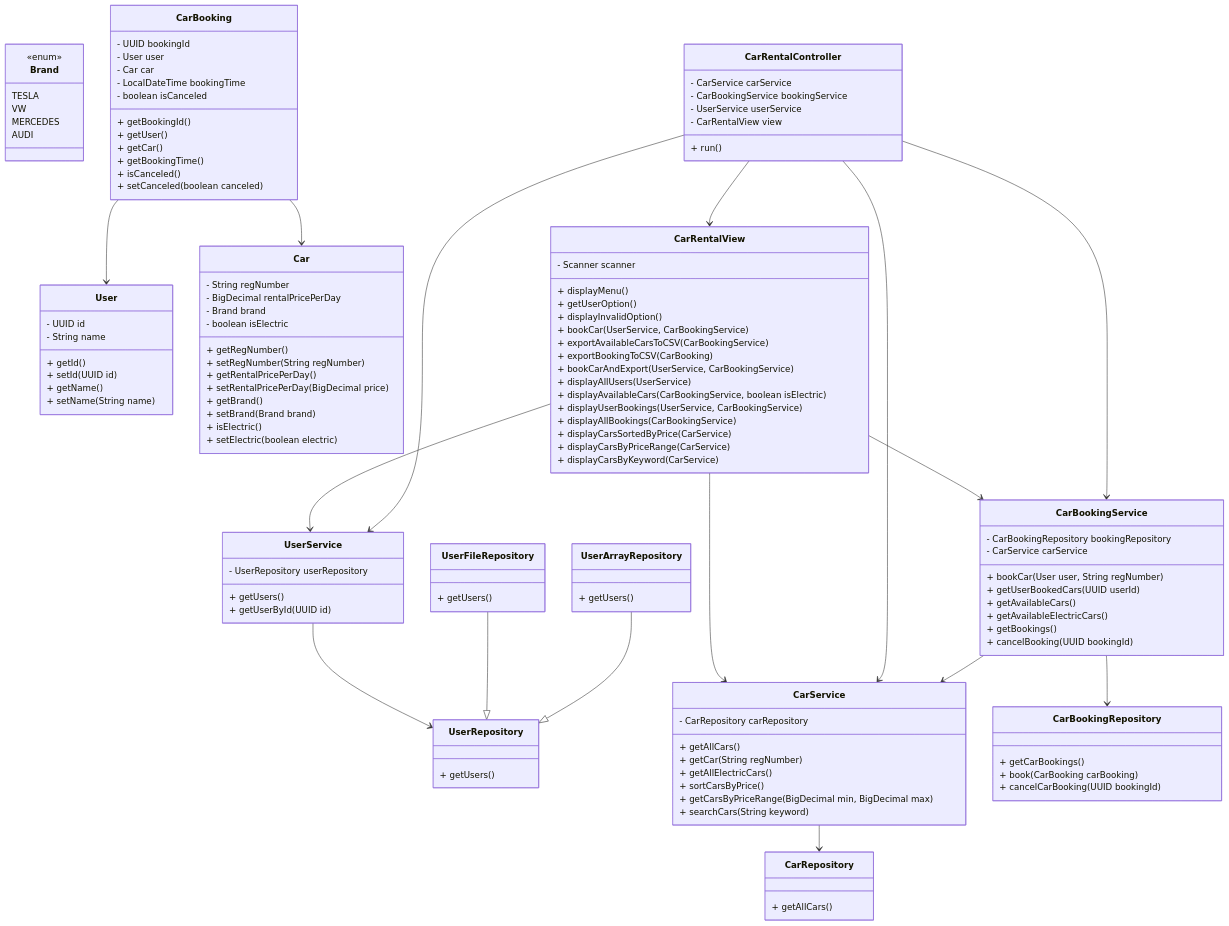
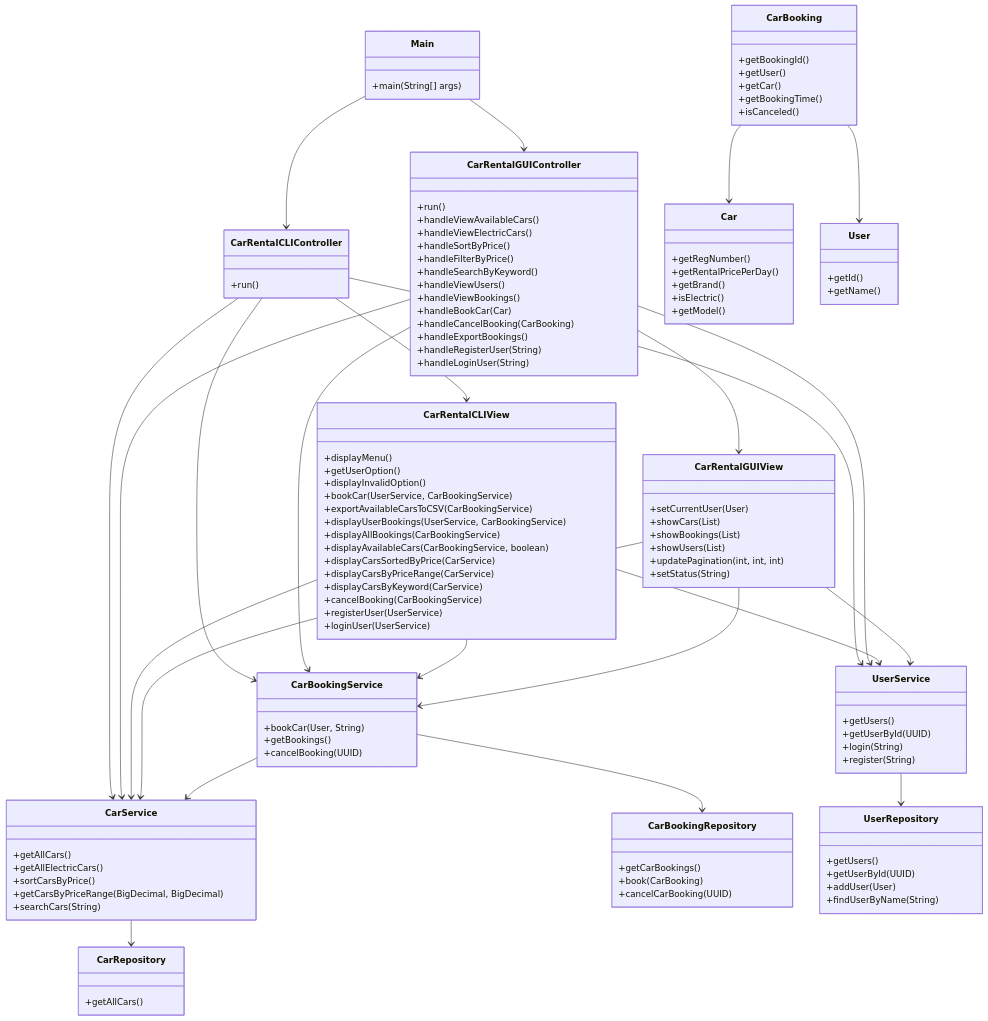
Before and after one commit to 5004-SEA-Fa24-Geeng/final-project-final-project-4: the diagram in DesignDocuments/DesignDocument.md, drawn with Mermaid. The commit also changed 1 other file, not shown here.

Commit message:
Updated UML in DesignDocument.ms and collaborative work in Proposal.md

````diff
--- a/DesignDocuments/DesignDocument.md
+++ b/DesignDocuments/DesignDocument.md
@@ -197,148 +197,149 @@
 ```mermaid
 classDiagram
+    class Main {
+        +main(String[] args)
+    }
 
-%% ======= User Layer =======
-class User {
-  - UUID id
-  - String name
-  + getId()
-  + setId(UUID id)
-  + getName()
-  + setName(String name)
-}
+    %% Controllers
+    class CarRentalCLIController {
+        +run()
+    }
+    
+    class CarRentalGUIController {
+        +run()
+        +handleViewAvailableCars()
+        +handleViewElectricCars()
+        +handleSortByPrice()
+        +handleFilterByPrice()
+        +handleSearchByKeyword()
+        +handleViewUsers()
+        +handleViewBookings()
+        +handleBookCar(Car)
+        +handleCancelBooking(CarBooking)
+        +handleExportBookings()
+        +handleRegisterUser(String)
+        +handleLoginUser(String)
+    }
 
-class UserRepository {
-  + getUsers()
-}
+    %% Views
+    class CarRentalCLIView {
+        +displayMenu()
+        +getUserOption()
+        +displayInvalidOption()
+        +bookCar(UserService, CarBookingService)
+        +exportAvailableCarsToCSV(CarBookingService)
+        +displayUserBookings(UserService, CarBookingService)
+        +displayAllBookings(CarBookingService)
+        +displayAvailableCars(CarBookingService, boolean)
+        +displayCarsSortedByPrice(CarService)
+        +displayCarsByPriceRange(CarService)
+        +displayCarsByKeyword(CarService)
+        +cancelBooking(CarBookingService)
+        +registerUser(UserService)
+        +loginUser(UserService)
+    }
 
-class UserArrayRepository {
-  + getUsers()
-}
+    class CarRentalGUIView {
+        +setCurrentUser(User)
+        +showCars(List)
+        +showBookings(List)
+        +showUsers(List)
+        +updatePagination(int, int, int)
+        +setStatus(String)
+    }
 
-class UserFileRepository {
-  + getUsers()
-}
+    %% Models
+    class CarBookingService {
+        +bookCar(User, String)
+        +getBookings()
+        +cancelBooking(UUID)
+    }
 
-class UserService {
-  - UserRepository userRepository
-  + getUsers()
-  + getUserById(UUID id)
-}
+    class CarService {
+        +getAllCars()
+        +getAllElectricCars()
+        +sortCarsByPrice()
+        +getCarsByPriceRange(BigDecimal, BigDecimal)
+        +searchCars(String)
+    }
 
-UserArrayRepository --|> UserRepository
-UserFileRepository --|> UserRepository
-UserService --> UserRepository
+    class CarBookingRepository {
+        +getCarBookings()
+        +book(CarBooking)
+        +cancelCarBooking(UUID)
+    }
 
-%% ======= Car Layer =======
-class Car {
-  - String regNumber
-  - BigDecimal rentalPricePerDay
-  - Brand brand
-  - boolean isElectric
-  + getRegNumber()
-  + setRegNumber(String regNumber)
-  + getRentalPricePerDay()
-  + setRentalPricePerDay(BigDecimal price)
-  + getBrand()
-  + setBrand(Brand brand)
-  + isElectric()
-  + setElectric(boolean electric)
-}
+    class CarRepository {
+        +getAllCars()
+    }
 
-class Brand {
-  <<enum>>
-  TESLA
-  VW
-  MERCEDES
-  AUDI
-}
+    class UserService {
+        +getUsers()
+        +getUserById(UUID)
+        +login(String)
+        +register(String)
+    }
 
-class CarRepository {
-  + getAllCars()
-}
+    class UserRepository {
+        +getUsers()
+        +getUserById(UUID)
+        +addUser(User)
+        +findUserByName(String)
+    }
 
-class CarService {
-  - CarRepository carRepository
-  + getAllCars()
-  + getCar(String regNumber)
-  + getAllElectricCars()
-  + sortCarsByPrice()
-  + getCarsByPriceRange(BigDecimal min, BigDecimal max)
-  + searchCars(String keyword)
-}
+    class Car {
+        +getRegNumber()
+        +getRentalPricePerDay()
+        +getBrand()
+        +isElectric()
+        +getModel()
+    }
 
-CarService --> CarRepository
+    class User {
+        +getId()
+        +getName()
+    }
 
-%% ======= Booking Layer =======
-class CarBooking {
-  - UUID bookingId
-  - User user
-  - Car car
-  - LocalDateTime bookingTime
-  - boolean isCanceled
-  + getBookingId()
-  + getUser()
-  + getCar()
-  + getBookingTime()
-  + isCanceled()
-  + setCanceled(boolean canceled)
-}
+    class CarBooking {
+        +getBookingId()
+        +getUser()
+        +getCar()
+        +getBookingTime()
+        +isCanceled()
+    }
 
-class CarBookingRepository {
-  + getCarBookings()
-  + book(CarBooking carBooking)
-  + cancelCarBooking(UUID bookingId)
-}
+    %% Grouping Relations
+    %% Controllers
+    Main --> CarRentalCLIController
+    Main --> CarRentalGUIController
 
-class CarBookingService {
-  - CarBookingRepository bookingRepository
-  - CarService carService
-  + bookCar(User user, String regNumber)
-  + getUserBookedCars(UUID userId)
-  + getAvailableCars()
-  + getAvailableElectricCars()
-  + getBookings()
-  + cancelBooking(UUID bookingId)
-}
+    %% Views and Controllers
+    CarRentalCLIController --> CarRentalCLIView
+    CarRentalGUIController --> CarRentalGUIView
 
-CarBookingService --> CarBookingRepository
-CarBookingService --> CarService
-CarBooking --> User
-CarBooking --> Car
+    %% Controllers and Services
+    CarRentalCLIController --> CarService
+    CarRentalCLIController --> CarBookingService
+    CarRentalCLIController --> UserService
+    CarRentalGUIController --> CarService
+    CarRentalGUIController --> CarBookingService
+    CarRentalGUIController --> UserService
 
-%% ======= Controller and View =======
-class CarRentalController {
-  - CarService carService
-  - CarBookingService bookingService
-  - UserService userService
-  - CarRentalView view
-  + run()
-}
+    %% Views and Services
+    CarRentalCLIView --> UserService
+    CarRentalCLIView --> CarBookingService
+    CarRentalCLIView --> CarService
+    CarRentalGUIView --> UserService
+    CarRentalGUIView --> CarBookingService
+    CarRentalGUIView --> CarService
 
-class CarRentalView {
-  - Scanner scanner
-  + displayMenu()
-  + getUserOption()
-  + displayInvalidOption()
-  + bookCar(UserService, CarBookingService)
-  + exportAvailableCarsToCSV(CarBookingService)
-  + exportBookingToCSV(CarBooking)
-  + bookCarAndExport(UserService, CarBookingService)
-  + displayAllUsers(UserService)
-  + displayAvailableCars(CarBookingService, boolean isElectric)
-  + displayUserBookings(UserService, CarBookingService)
-  + displayAllBookings(CarBookingService)
-  + displayCarsSortedByPrice(CarService)
-  + displayCarsByPriceRange(CarService)
-  + displayCarsByKeyword(CarService)
-}
+    %% Services and Repositories
+    CarService --> CarRepository
+    CarBookingService --> CarBookingRepository
+    CarBookingService --> CarService
+    UserService --> UserRepository
 
-CarRentalController --> CarService
-CarRentalController --> CarBookingService
-CarRentalController --> UserService
-CarRentalController --> CarRentalView
-
-CarRentalView --> CarService
-CarRentalView --> CarBookingService
-CarRentalView --> UserService
+    %% Models
+    CarBooking --> User
+    CarBooking --> Car
 ```
````
